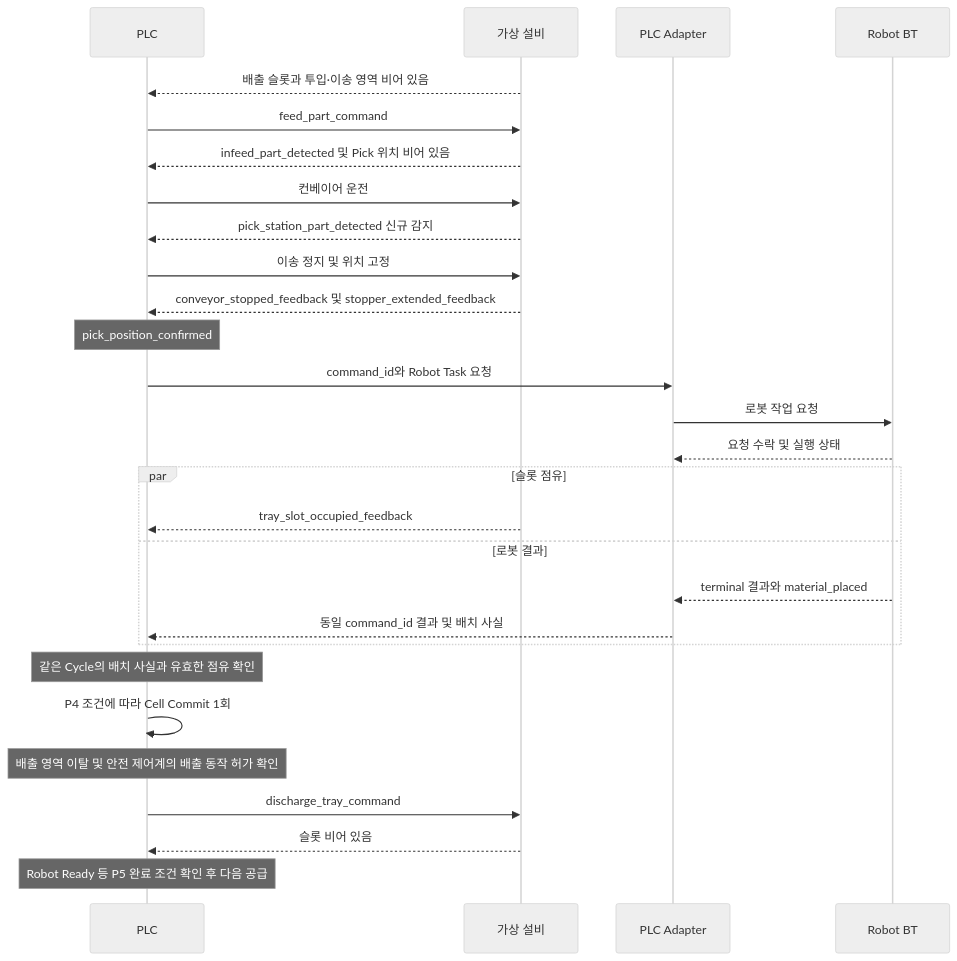
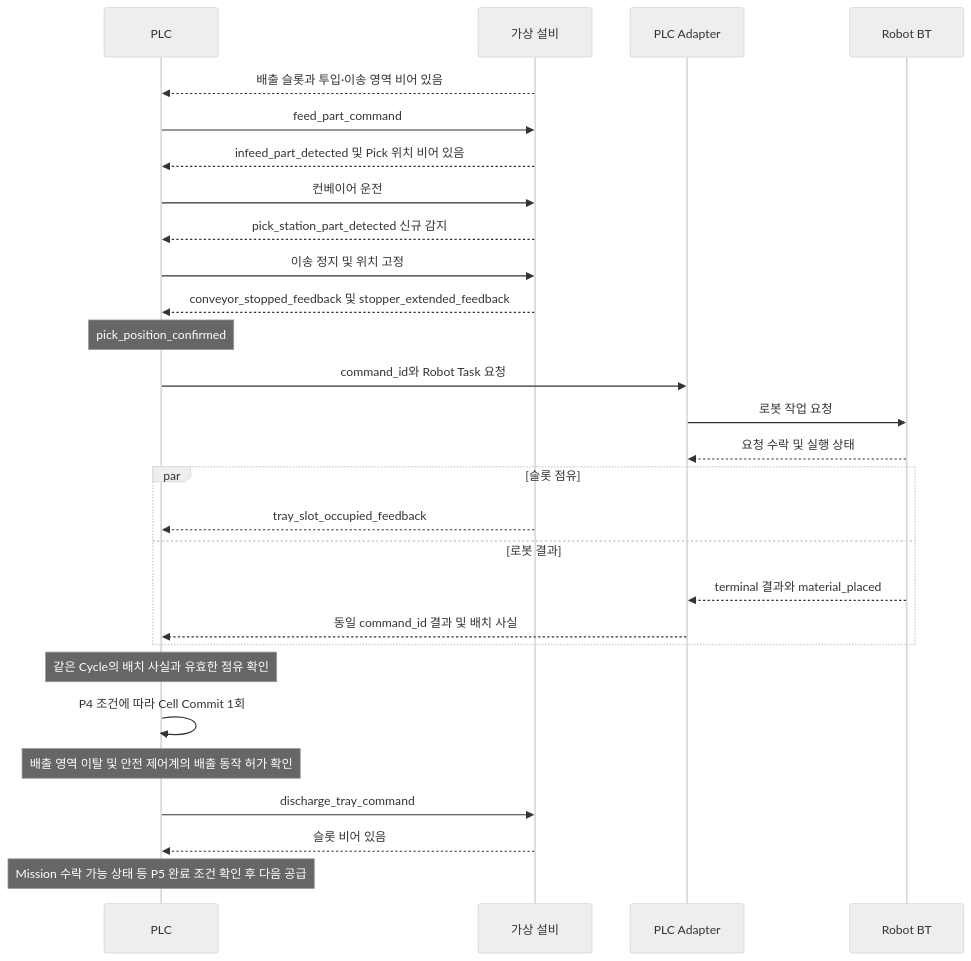
Before and after one commit to dev-kibeom/sftwin-arm-cell: the diagram in docs/design/cells/conveyor-pnp-poc/cell-control.md, drawn with Mermaid (neutral theme). The commit also changed other lines of this file and 24 other files, not shown here.

````diff
--- a/docs/design/cells/conveyor-pnp-poc/cell-control.md
+++ b/docs/design/cells/conveyor-pnp-poc/cell-control.md
@@ -34,30 +34,30 @@
 ```mermaid
 sequenceDiagram
     participant P as PLC
     participant E as 가상 설비
     participant A as PLC Adapter
     participant B as Robot BT
     E-->>P: 배출 슬롯과 투입·이송 영역 비어 있음
     P->>E: feed_part_command
     E-->>P: infeed_part_detected 및 Pick 위치 비어 있음
     P->>E: 컨베이어 운전
     E-->>P: pick_station_part_detected 신규 감지
     P->>E: 이송 정지 및 위치 고정
     E-->>P: conveyor_stopped_feedback 및 stopper_extended_feedback
     Note over P: pick_position_confirmed
     P->>A: command_id와 Robot Task 요청
     A->>B: 로봇 작업 요청
     B-->>A: 요청 수락 및 실행 상태
     par 슬롯 점유
         E-->>P: tray_slot_occupied_feedback
     and 로봇 결과
         B-->>A: terminal 결과와 material_placed
         A-->>P: 동일 command_id 결과 및 배치 사실
     end
     Note over P: 같은 Cycle의 배치 사실과 유효한 점유 확인
     P->>P: P4 조건에 따라 Cell Commit 1회
     Note over P: 배출 영역 이탈 및 안전 제어계의 배출 동작 허가 확인
     P->>E: discharge_tray_command
     E-->>P: 슬롯 비어 있음
-    Note over P: Robot Ready 등 P5 완료 조건 확인 후 다음 공급
+    Note over P: Mission 수락 가능 상태 등 P5 완료 조건 확인 후 다음 공급
 ```
````
